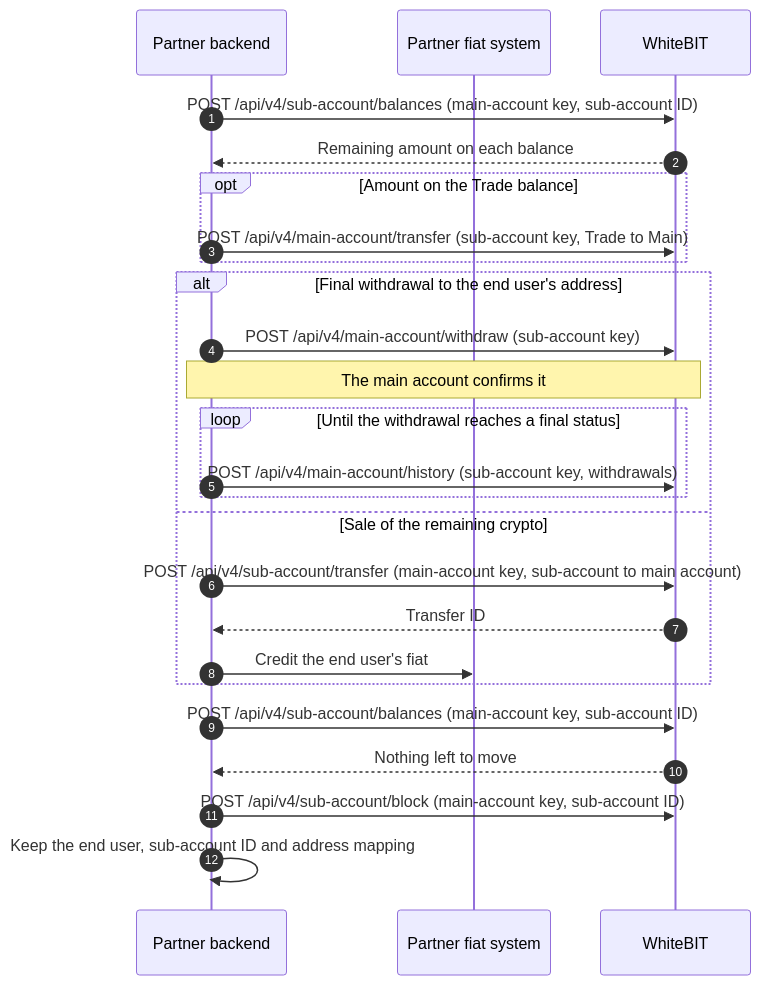
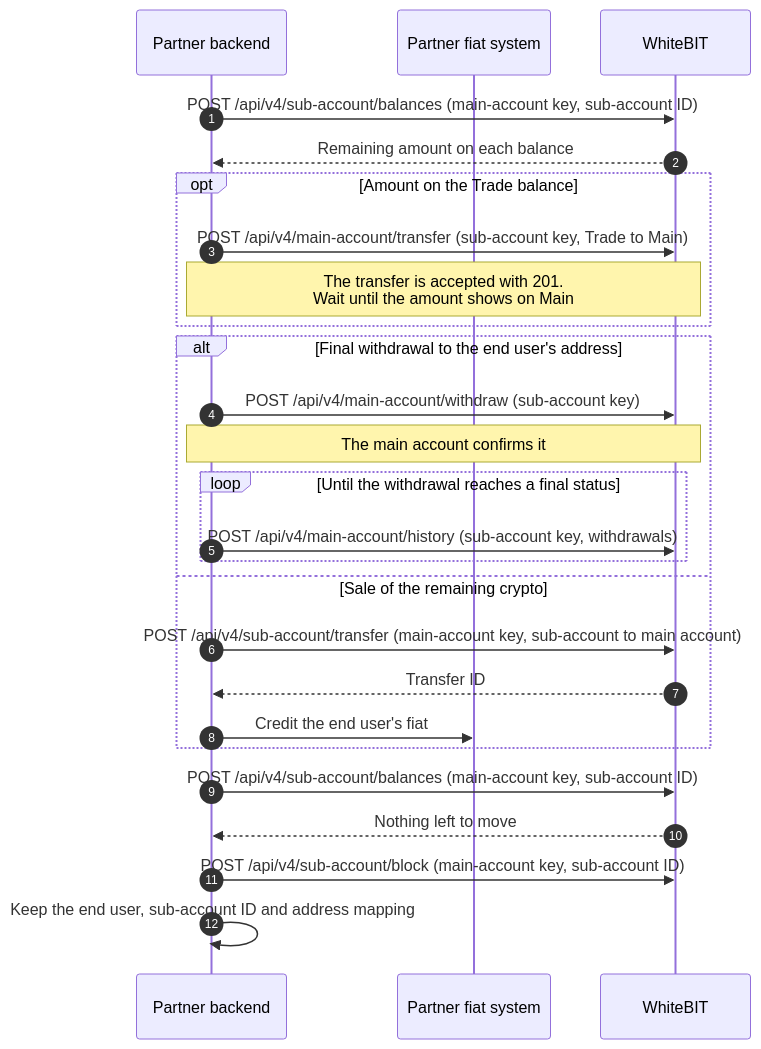
The diagram in snippets/diagrams/sub-account-offboarding.mdx (whitebit-exchange/docs), drawn with Mermaid before and after one commit. The commit also changed 20 other files, not shown here.

````diff
--- a/snippets/diagrams/sub-account-offboarding.mdx
+++ b/snippets/diagrams/sub-account-offboarding.mdx
@@ -1,28 +1,29 @@
 ```mermaid
 sequenceDiagram
     autonumber
     participant P as Partner backend
     participant F as Partner fiat system
     participant W as WhiteBIT
 
     P->>W: POST /api/v4/sub-account/balances (main-account key, sub-account ID)
     W-->>P: Remaining amount on each balance
     opt Amount on the Trade balance
         P->>W: POST /api/v4/main-account/transfer (sub-account key, Trade to Main)
+        Note over P,W: The transfer is accepted with 201.<br/>Wait until the amount shows on Main
     end
     alt Final withdrawal to the end user's address
         P->>W: POST /api/v4/main-account/withdraw (sub-account key)
         Note over P,W: The main account confirms it
         loop Until the withdrawal reaches a final status
             P->>W: POST /api/v4/main-account/history (sub-account key, withdrawals)
         end
     else Sale of the remaining crypto
         P->>W: POST /api/v4/sub-account/transfer (main-account key, sub-account to main account)
         W-->>P: Transfer ID
         P->>F: Credit the end user's fiat
     end
     P->>W: POST /api/v4/sub-account/balances (main-account key, sub-account ID)
     W-->>P: Nothing left to move
     P->>W: POST /api/v4/sub-account/block (main-account key, sub-account ID)
     P->>P: Keep the end user, sub-account ID and address mapping
 ```
````
